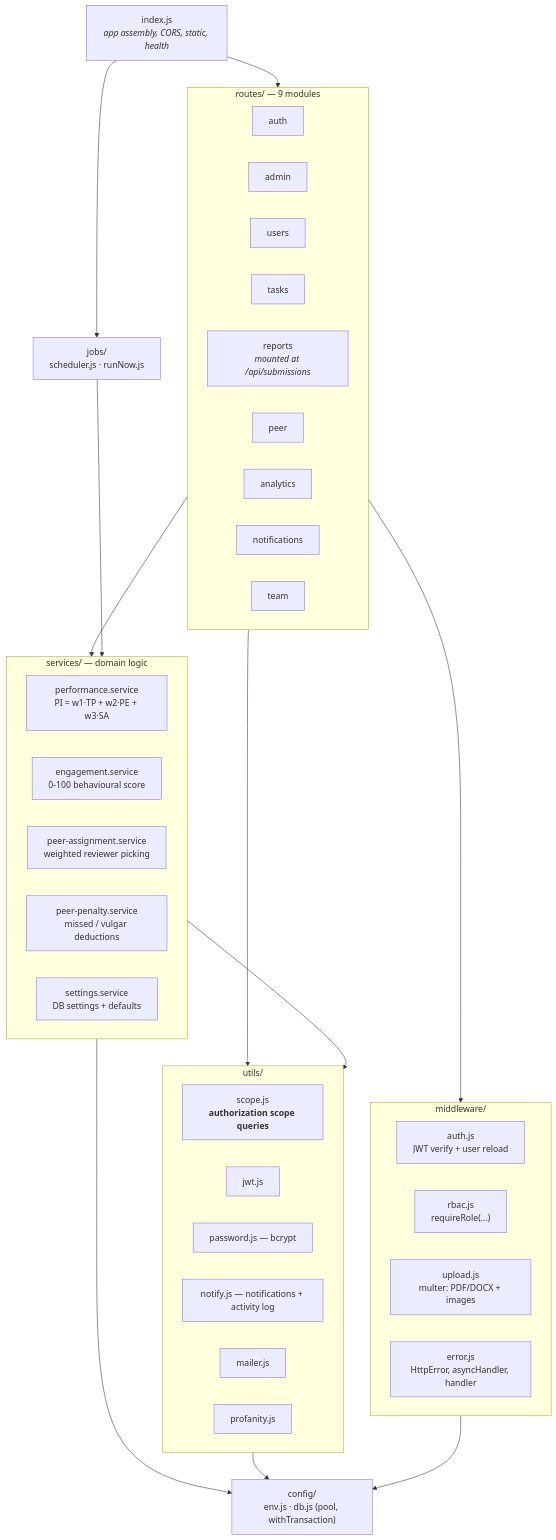
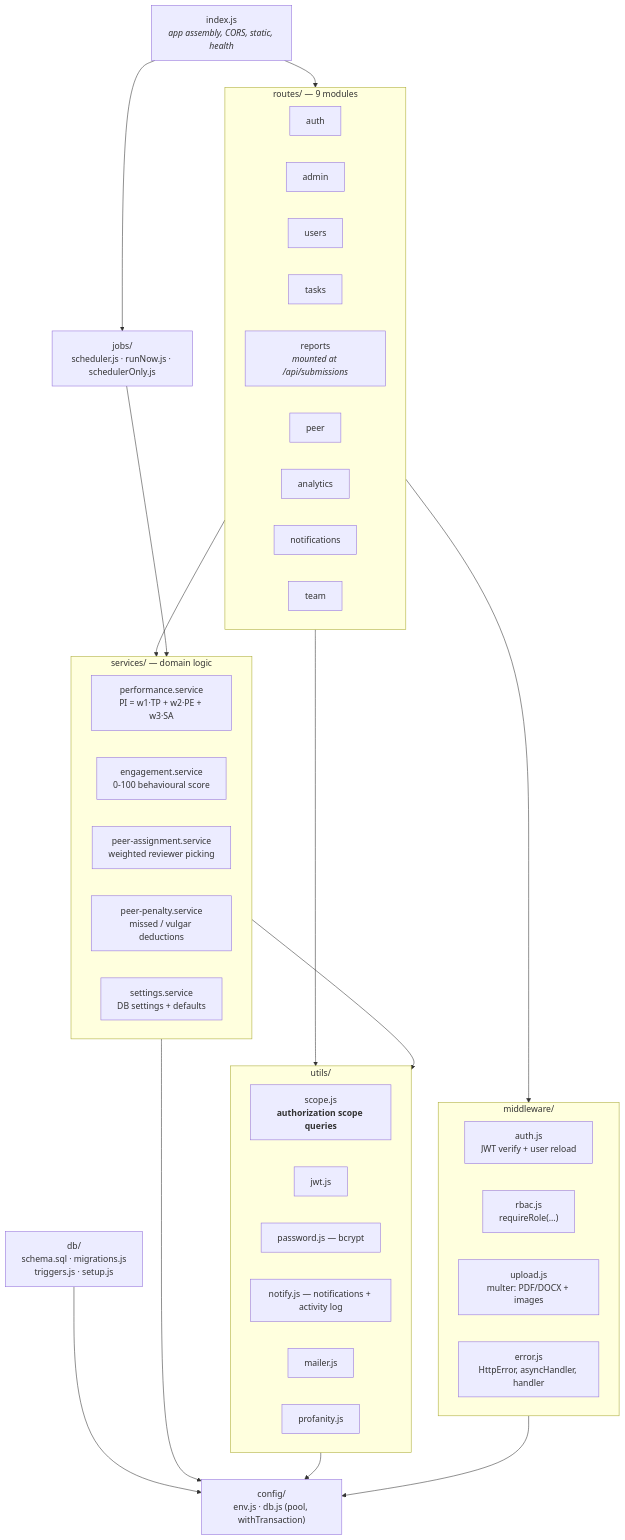
Before and after one commit to makmot256/TASK-MANAGEMENT-SYSTEM: the third of 14 diagrams in docs/ARCHITECTURE.md, drawn with Mermaid. The commit also changed other lines of this file and 48 other files, not shown here.

````diff
--- a/docs/ARCHITECTURE.md
+++ b/docs/ARCHITECTURE.md
@@ -84,54 +87,56 @@
 ```mermaid
 graph TD
     idx["index.js<br/><i>app assembly, CORS, static, health</i>"]
 
     subgraph mw["middleware/"]
         auth["auth.js<br/>JWT verify + user reload"]
         rbac["rbac.js<br/>requireRole(...)"]
         upl["upload.js<br/>multer: PDF/DOCX + images"]
         err["error.js<br/>HttpError, asyncHandler, handler"]
     end
 
     subgraph routes["routes/ — 9 modules"]
         rAuth["auth"]
         rAdmin["admin"]
         rUsers["users"]
         rTasks["tasks"]
         rReports["reports<br/><i>mounted at /api/submissions</i>"]
         rPeer["peer"]
         rAnalytics["analytics"]
         rNotif["notifications"]
         rTeam["team"]
     end
 
     subgraph svc["services/ — domain logic"]
         sPerf["performance.service<br/>PI = w1·TP + w2·PE + w3·SA"]
         sEng["engagement.service<br/>0-100 behavioural score"]
         sAssign["peer-assignment.service<br/>weighted reviewer picking"]
         sPen["peer-penalty.service<br/>missed / vulgar deductions"]
         sSet["settings.service<br/>DB settings + defaults"]
     end
 
     subgraph utils["utils/"]
         uScope["scope.js<br/><b>authorization scope queries</b>"]
         uJwt["jwt.js"]
         uPwd["password.js — bcrypt"]
         uNotify["notify.js — notifications + activity log"]
         uMail["mailer.js"]
         uProf["profanity.js"]
     end
 
     cfg["config/<br/>env.js · db.js (pool, withTransaction)"]
-    jobs["jobs/<br/>scheduler.js · runNow.js"]
+    jobs["jobs/<br/>scheduler.js · runNow.js · schedulerOnly.js"]
+    dbm["db/<br/>schema.sql · migrations.js<br/>triggers.js · setup.js"]
 
     idx --> routes
     idx --> jobs
     routes --> mw
     routes --> svc
     routes --> utils
     svc --> utils
     svc --> cfg
     jobs --> svc
     utils --> cfg
     mw --> cfg
+    dbm --> cfg
 ```
````
